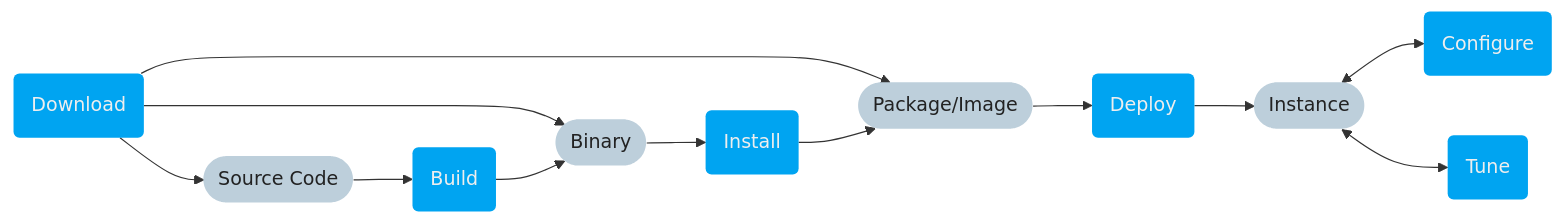
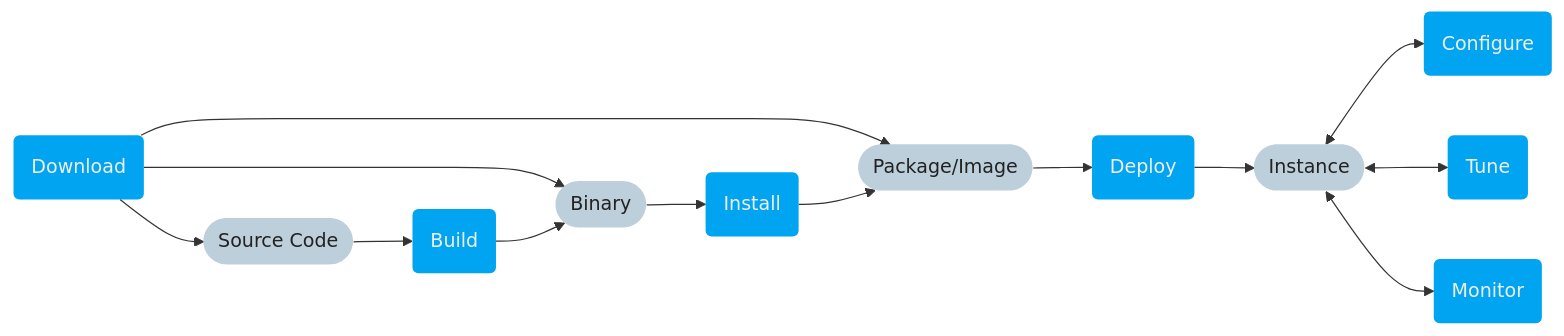
One commit to tenzir/tenzir changed the diagram in web/docs/setup-vast/README.md. Above: the diagram before and after it, drawn with Mermaid. The commit also changed 1 other file, not shown here.

Commit message:
Port metrics docs

````diff
--- a/web/docs/setup-vast/README.md
+++ b/web/docs/setup-vast/README.md
@@ -8,36 +8,39 @@
 ```mermaid
 flowchart LR
   classDef action fill:#00a4f1,stroke:none,color:#eee
   classDef artifact fill:#bdcfdb,stroke:none,color:#222
   %% Actions
   download(Download):::action
   build(Build):::action
   install(Install):::action
   deploy(Deploy):::action
   configure(Configure):::action
   tune(Tune):::action
+  monitor(Monitor):::action
   %% Artifacts
   source([Source Code]):::artifact
   binary([Binary]):::artifact
   deployable([Package/Image]):::artifact
   instance([Instance]):::artifact
   %% Edges
   download --> source
   download --> binary
   download --> deployable
   source --> build
   build --> binary
   binary --> install
   install --> deployable
   deployable --> deploy
   deploy --> instance
   instance <--> configure
   instance <--> tune
+  instance <--> monitor
   %% Links
   click download "/docs/setup-vast/download/" "Download VAST"
   click build "/docs/setup-vast/build/" "Build VAST"
   click install "/docs/setup-vast/install/" "Install VAST"
   click deploy "/docs/setup-vast/deploy/" "Deploy VAST"
   click configure "/docs/setup-vast/configure/" "Configure VAST"
   click tune "/docs/setup-vast/tune/" "Tune VAST"
+  click monitor "/docs/setup-vast/monitor/" "Monitor VAST"
 ```
````
